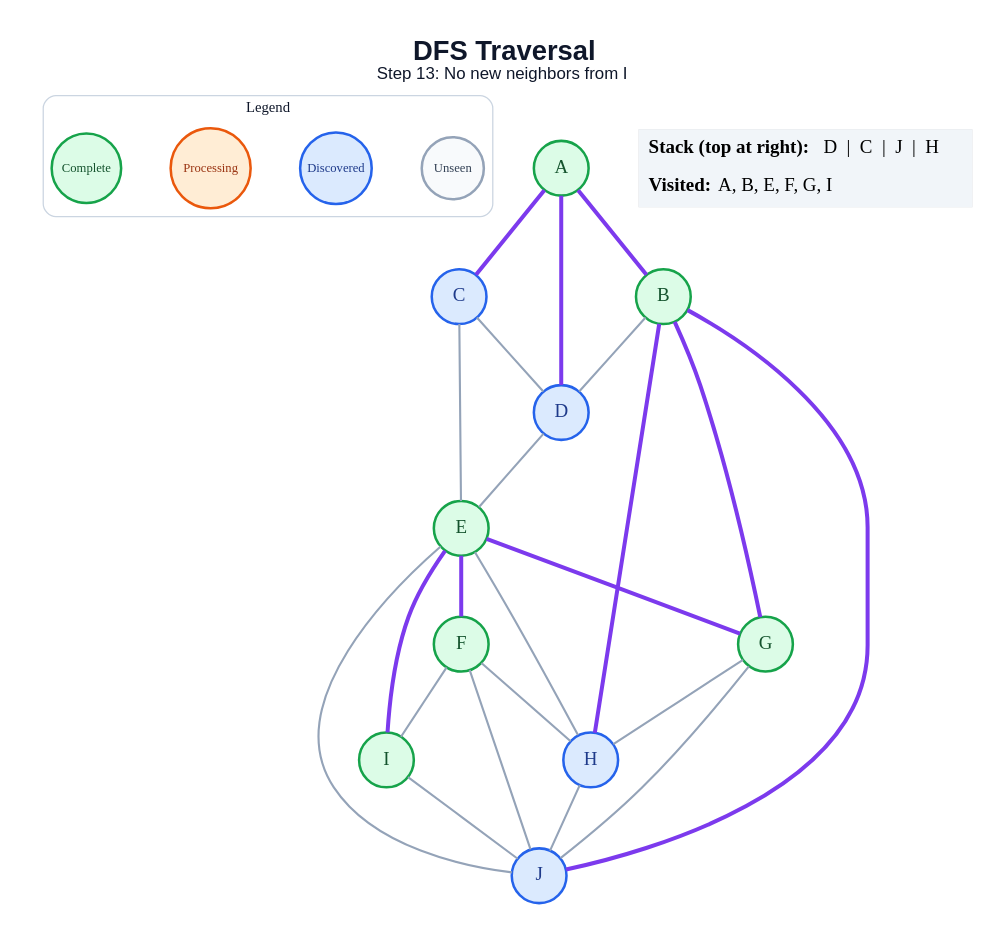
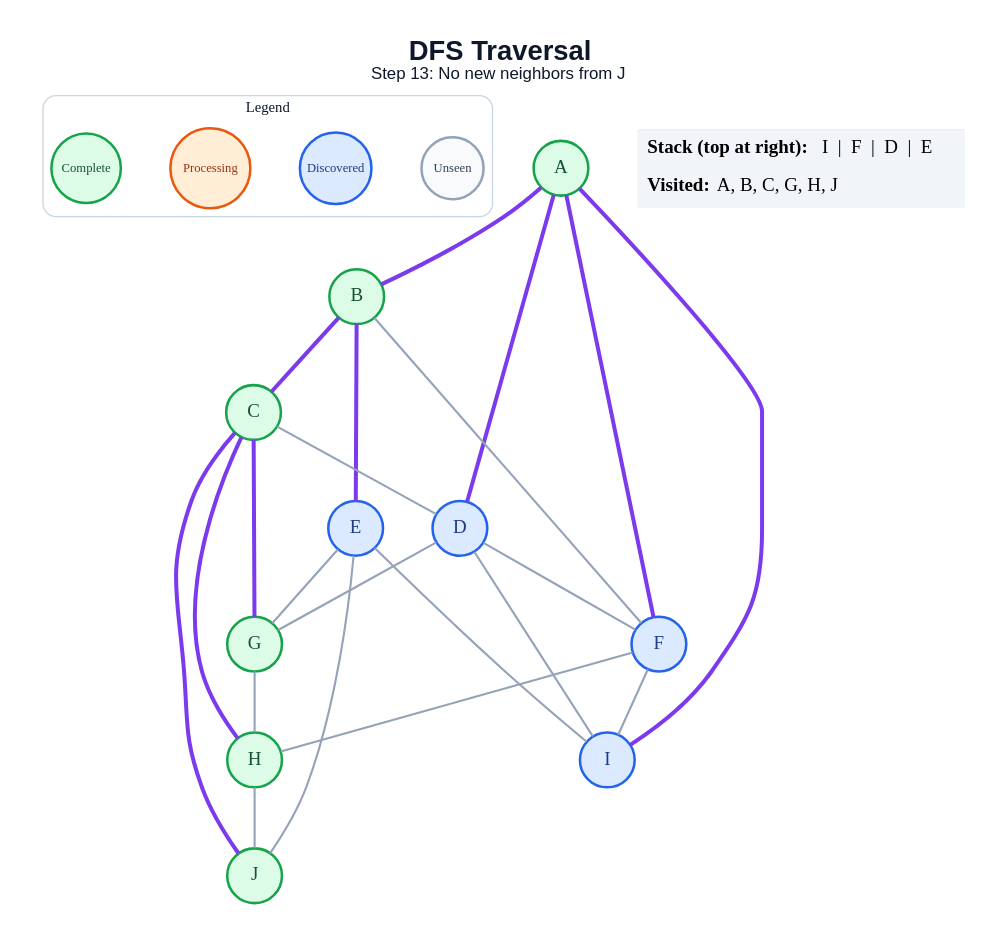
Before and after one commit to amanghodawala9/ai-slop: the diagram in generated/dfs/step_13.dot, drawn with Graphviz. The commit also changed 178 other files, not shown here.

```diff
--- a/generated/dfs/step_13.dot
+++ b/generated/dfs/step_13.dot
@@ -1,51 +1,50 @@
 graph traversal {
   graph [layout=dot, rankdir=TB, bgcolor="#FFFFFF", pad="0.35", nodesep="0.65", ranksep="0.8", fontname="Arial"];
   node [shape=circle, style="filled", fontname="Arial Bold", fontsize=18, width=0.72, fixedsize=true, penwidth=2.4];
   edge [color="#94A3B8", penwidth=2.0];
-  label=<<B>DFS Traversal</B><BR/><FONT POINT-SIZE="16">Step 13: No new neighbors from I</FONT>>; labelloc="t"; fontsize=26; fontname="Arial"; fontcolor="#0F172A";
+  label=<<B>DFS Traversal</B><BR/><FONT POINT-SIZE="16">Step 13: No new neighbors from J</FONT>>; labelloc="t"; fontsize=26; fontname="Arial"; fontcolor="#0F172A";
   subgraph cluster_legend { label="Legend"; color="#CBD5E1"; penwidth=1.2; style="rounded"; fontsize=14; fontname="Arial Bold";
     key_unseen [label="Unseen", fillcolor="#F8FAFC", color="#94A3B8", fontcolor="#334155", fontsize=12, width=0.82];
     key_frontier [label="Discovered", fillcolor="#DBEAFE", color="#2563EB", fontcolor="#1E3A8A", fontsize=12, width=0.95];
     key_current [label="Processing", fillcolor="#FFEDD5", color="#EA580C", fontcolor="#9A3412", fontsize=12, width=1.05];
     key_done [label="Complete", fillcolor="#DCFCE7", color="#16A34A", fontcolor="#14532D", fontsize=12, width=0.92];
     { rank=same; key_unseen; key_frontier; key_current; key_done; }
   }
   A [fillcolor="#DCFCE7", color="#16A34A", fontcolor="#14532D"];
   B [fillcolor="#DCFCE7", color="#16A34A", fontcolor="#14532D"];
-  C [fillcolor="#DBEAFE", color="#2563EB", fontcolor="#1E3A8A"];
+  C [fillcolor="#DCFCE7", color="#16A34A", fontcolor="#14532D"];
   D [fillcolor="#DBEAFE", color="#2563EB", fontcolor="#1E3A8A"];
-  E [fillcolor="#DCFCE7", color="#16A34A", fontcolor="#14532D"];
-  F [fillcolor="#DCFCE7", color="#16A34A", fontcolor="#14532D"];
+  E [fillcolor="#DBEAFE", color="#2563EB", fontcolor="#1E3A8A"];
+  F [fillcolor="#DBEAFE", color="#2563EB", fontcolor="#1E3A8A"];
   G [fillcolor="#DCFCE7", color="#16A34A", fontcolor="#14532D"];
-  H [fillcolor="#DBEAFE", color="#2563EB", fontcolor="#1E3A8A"];
-  I [fillcolor="#DCFCE7", color="#16A34A", fontcolor="#14532D"];
-  J [fillcolor="#DBEAFE", color="#2563EB", fontcolor="#1E3A8A"];
+  H [fillcolor="#DCFCE7", color="#16A34A", fontcolor="#14532D"];
+  I [fillcolor="#DBEAFE", color="#2563EB", fontcolor="#1E3A8A"];
+  J [fillcolor="#DCFCE7", color="#16A34A", fontcolor="#14532D"];
   A -- B [color="#7C3AED", penwidth=3.8];
-  A -- C [color="#7C3AED", penwidth=3.8];
   A -- D [color="#7C3AED", penwidth=3.8];
-  B -- D;
-  B -- G [color="#7C3AED", penwidth=3.8];
-  B -- H [color="#7C3AED", penwidth=3.8];
-  B -- J [color="#7C3AED", penwidth=3.8];
+  A -- F [color="#7C3AED", penwidth=3.8];
+  A -- I [color="#7C3AED", penwidth=3.8];
+  B -- C [color="#7C3AED", penwidth=3.8];
+  B -- E [color="#7C3AED", penwidth=3.8];
+  B -- F;
   C -- D;
-  C -- E;
-  D -- E;
-  E -- F [color="#7C3AED", penwidth=3.8];
-  E -- G [color="#7C3AED", penwidth=3.8];
-  E -- H;
-  E -- I [color="#7C3AED", penwidth=3.8];
+  C -- G [color="#7C3AED", penwidth=3.8];
+  C -- H [color="#7C3AED", penwidth=3.8];
+  C -- J [color="#7C3AED", penwidth=3.8];
+  D -- F;
+  D -- G;
+  D -- I;
+  E -- G;
+  E -- I;
   E -- J;
   F -- H;
   F -- I;
-  F -- J;
   G -- H;
-  G -- J;
   H -- J;
-  I -- J;
   status [shape=plain, fixedsize=false, width=0, height=0, margin=0, label=<
     <TABLE BORDER="0" CELLBORDER="0" CELLPADDING="7" BGCOLOR="#F1F5F9">
-      <TR><TD ALIGN="LEFT"><B>Stack (top at right):</B> D  |  C  |  J  |  H</TD></TR>
-      <TR><TD ALIGN="LEFT"><B>Visited:</B> A, B, E, F, G, I</TD></TR>
+      <TR><TD ALIGN="LEFT"><B>Stack (top at right):</B> I  |  F  |  D  |  E</TD></TR>
+      <TR><TD ALIGN="LEFT"><B>Visited:</B> A, B, C, G, H, J</TD></TR>
     </TABLE>
   >];
 }
```
